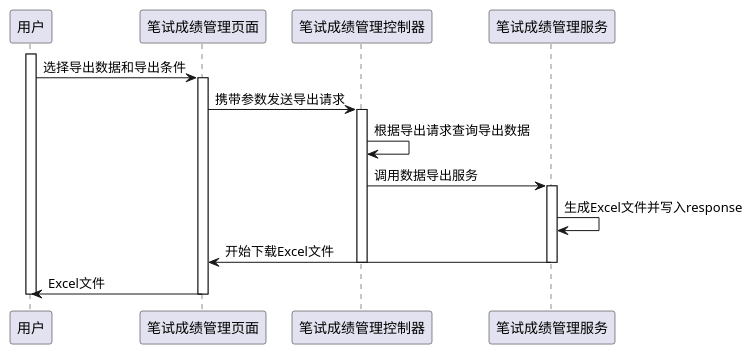
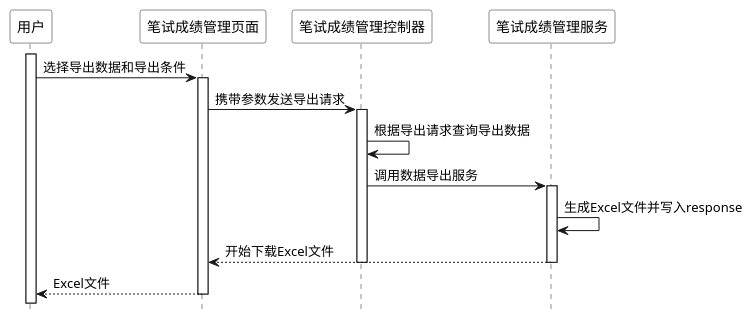
The diagram in resouces/drawio/UML_Sequence/manage-written/export.puml (coderyjc/certificate_analysis), drawn with PlantUML before and after one commit. The commit also changed 12 other files, not shown here.

Commit message:
更新UML序列图

```diff
--- a/resouces/drawio/UML_Sequence/manage-written/export.puml
+++ b/resouces/drawio/UML_Sequence/manage-written/export.puml
@@ -1,31 +1,36 @@
 @startuml written_export
+
+hide footbox
+skinparam sequence {
+  ParticipantBackgroundColor #ffffff
+  ParticipantFontColor #000000
+}
 
 participant 用户
 participant 笔试成绩管理页面
 participant 笔试成绩管理控制器
 participant 笔试成绩管理服务
 
 activate 用户
 用户 -> 笔试成绩管理页面: 选择导出数据和导出条件
 activate 笔试成绩管理页面
 
 笔试成绩管理页面 -> 笔试成绩管理控制器: 携带参数发送导出请求
 activate 笔试成绩管理控制器
 
 笔试成绩管理控制器 -> 笔试成绩管理控制器: 根据导出请求查询导出数据
 
 笔试成绩管理控制器 -> 笔试成绩管理服务: 调用数据导出服务
 activate 笔试成绩管理服务
 
 笔试成绩管理服务 -> 笔试成绩管理服务: 生成Excel文件并写入response
-笔试成绩管理服务 -> 笔试成绩管理页面: 开始下载Excel文件
+笔试成绩管理服务 --> 笔试成绩管理页面: 开始下载Excel文件
 
 deactivate 笔试成绩管理服务
 deactivate 笔试成绩管理控制器
 
-笔试成绩管理页面 -> 用户: Excel文件
+笔试成绩管理页面 --> 用户: Excel文件
 
 deactivate 笔试成绩管理页面
-deactivate 用户
 
 @enduml
```
